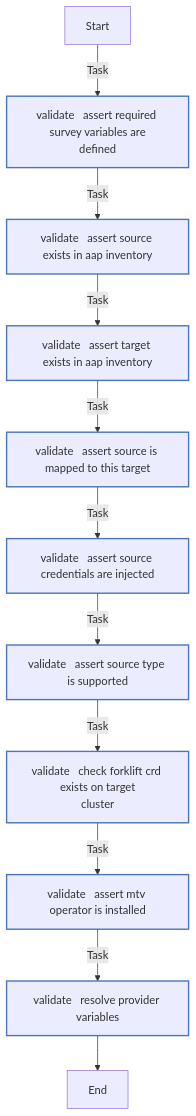
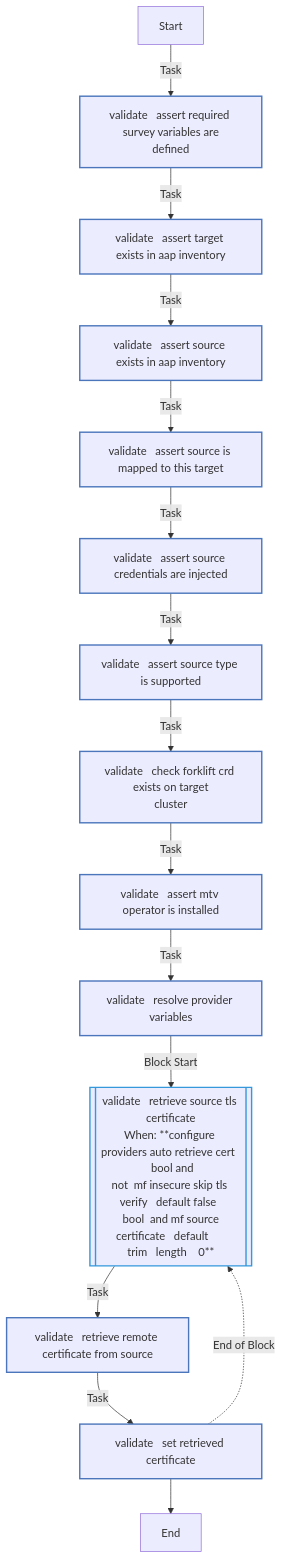
One commit to redhat-cop/openshift_virtualization_migration changed the fourth of 4 diagrams in roles/configure_providers/README.md. Above: the diagram before and after it, drawn with Mermaid. The commit also changed other lines of this file and 1 other file, not shown here.

````diff
--- a/roles/configure_providers/README.md
+++ b/roles/configure_providers/README.md
@@ -349,23 +408,27 @@
 ```mermaid
 flowchart TD
 Start
 classDef block stroke:#3498db,stroke-width:2px;
 classDef task stroke:#4b76bb,stroke-width:2px;
 classDef includeTasks stroke:#16a085,stroke-width:2px;
 classDef importTasks stroke:#34495e,stroke-width:2px;
 classDef includeRole stroke:#2980b9,stroke-width:2px;
 classDef importRole stroke:#699ba7,stroke-width:2px;
 classDef includeVars stroke:#8e44ad,stroke-width:2px;
 classDef rescue stroke:#665352,stroke-width:2px;
 
   Start-->|Task| validate___Assert_required_survey_variables_are_defined0[validate   assert required survey variables are<br>defined]:::task
-  validate___Assert_required_survey_variables_are_defined0-->|Task| validate___Assert_source_exists_in_AAP_inventory1[validate   assert source exists in aap inventory]:::task
-  validate___Assert_source_exists_in_AAP_inventory1-->|Task| validate___Assert_target_exists_in_AAP_inventory2[validate   assert target exists in aap inventory]:::task
-  validate___Assert_target_exists_in_AAP_inventory2-->|Task| validate___Assert_source_is_mapped_to_this_target3[validate   assert source is mapped to this target]:::task
+  validate___Assert_required_survey_variables_are_defined0-->|Task| validate___Assert_target_exists_in_AAP_inventory1[validate   assert target exists in aap inventory]:::task
+  validate___Assert_target_exists_in_AAP_inventory1-->|Task| validate___Assert_source_exists_in_AAP_inventory2[validate   assert source exists in aap inventory]:::task
+  validate___Assert_source_exists_in_AAP_inventory2-->|Task| validate___Assert_source_is_mapped_to_this_target3[validate   assert source is mapped to this target]:::task
   validate___Assert_source_is_mapped_to_this_target3-->|Task| validate___Assert_source_credentials_are_injected4[validate   assert source credentials are injected]:::task
   validate___Assert_source_credentials_are_injected4-->|Task| validate___Assert_source_type_is_supported5[validate   assert source type is supported]:::task
   validate___Assert_source_type_is_supported5-->|Task| validate___Check_Forklift_CRD_exists_on_target_cluster6[validate   check forklift crd exists on target<br>cluster]:::task
   validate___Check_Forklift_CRD_exists_on_target_cluster6-->|Task| validate___Assert_MTV_operator_is_installed7[validate   assert mtv operator is installed]:::task
   validate___Assert_MTV_operator_is_installed7-->|Task| validate___Resolve_provider_variables8[validate   resolve provider variables]:::task
-  validate___Resolve_provider_variables8-->End
+  validate___Resolve_provider_variables8-->|Block Start| validate___Retrieve_source_TLS_certificate9_block_start_0[[validate   retrieve source tls certificate<br>When: **configure providers auto retrieve cert   bool and<br>not  mf insecure skip tls verify   default false  <br> bool  and mf source certificate   default      <br>trim   length    0**]]:::block
+  validate___Retrieve_source_TLS_certificate9_block_start_0-->|Task| validate___Retrieve_remote_certificate_from_source0[validate   retrieve remote certificate from source]:::task
+  validate___Retrieve_remote_certificate_from_source0-->|Task| validate___Set_retrieved_certificate1[validate   set retrieved certificate]:::task
+  validate___Set_retrieved_certificate1-.->|End of Block| validate___Retrieve_source_TLS_certificate9_block_start_0
+  validate___Set_retrieved_certificate1-->End
 ```
````
